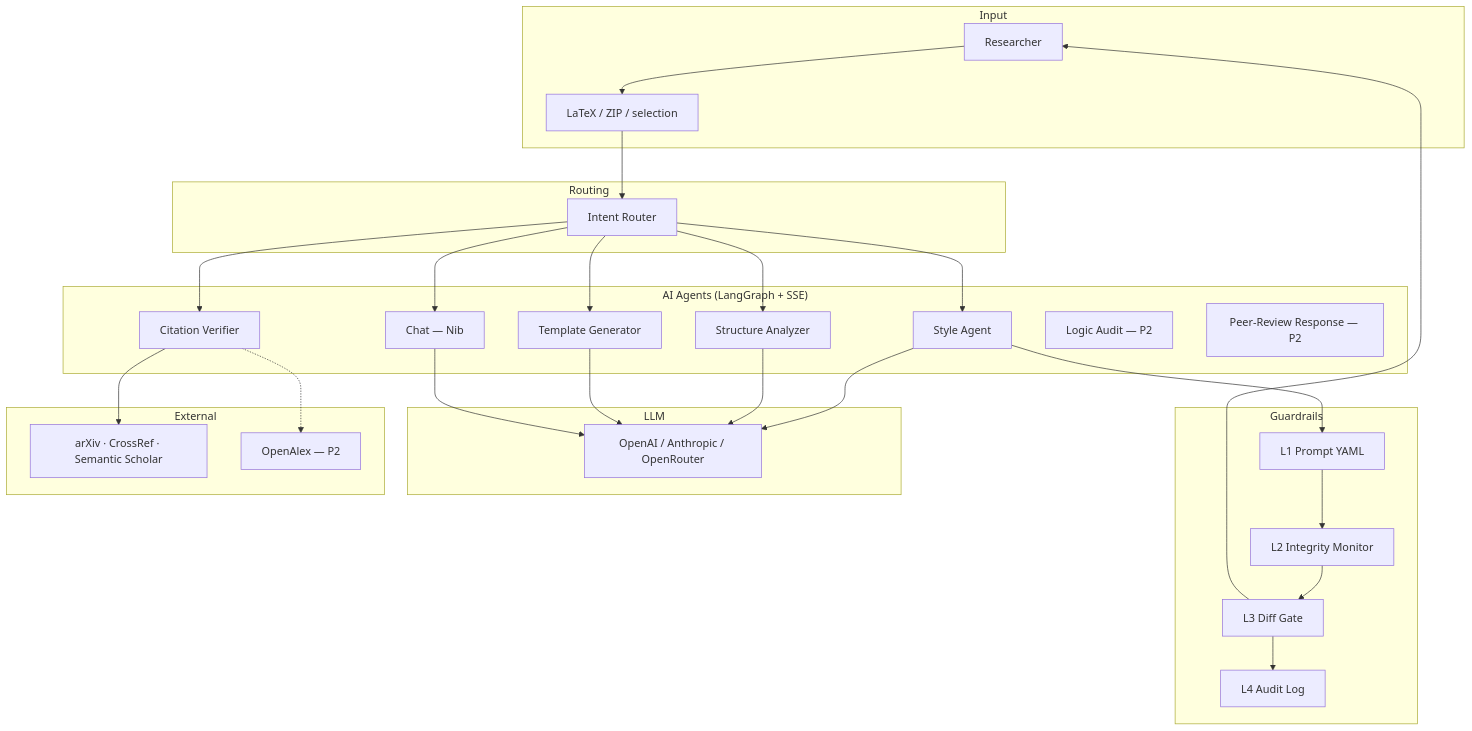
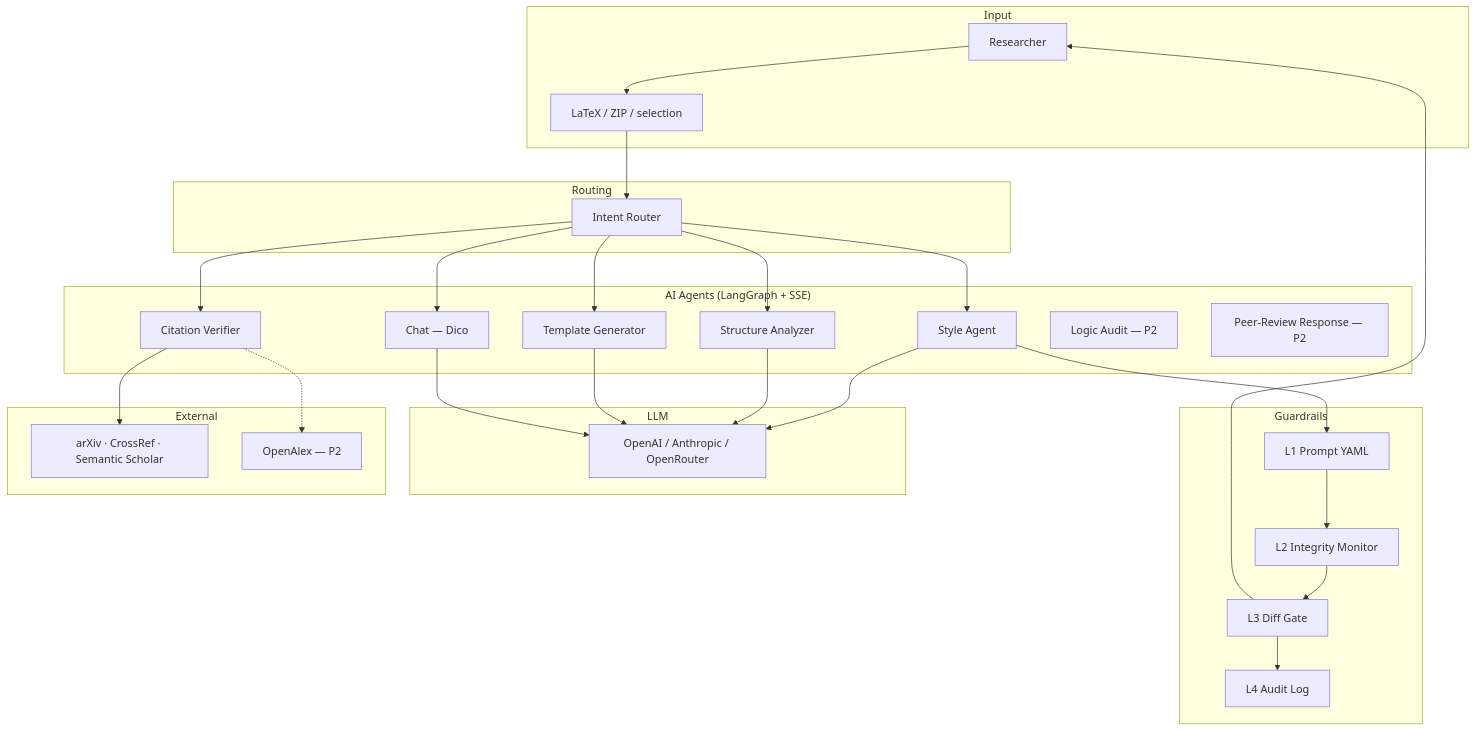
One commit to Tai-TZ/arionear-ai-paper-editor changed the first of 2 diagrams in ROADMAP.md. Above: the diagram before and after it, drawn with Mermaid. The commit also changed other lines of this file and 191 other files, not shown here.

````diff
--- a/ROADMAP.md
+++ b/ROADMAP.md
@@ -63,45 +63,45 @@
 ```mermaid
 flowchart TB
     subgraph Input
         U[Researcher]
         DOC[LaTeX / ZIP / selection]
     end
 
     subgraph Routing
         IR[Intent Router]
     end
 
     subgraph Agents["AI Agents (LangGraph + SSE)"]
         A1[Style Agent]
         A2[Structure Analyzer]
         A3[Citation Verifier]
         A4[Template Generator]
-        A5[Chat — Nib]
+        A5[Chat — Dico]
         A6[Logic Audit — P2]
         A7[Peer-Review Response — P2]
     end
 
     subgraph Guardrails
         L1[L1 Prompt YAML]
         L2[L2 Integrity Monitor]
         L3[L3 Diff Gate]
         L4[L4 Audit Log]
     end
 
     subgraph LLM
         P[OpenAI / Anthropic / OpenRouter]
     end
 
     subgraph External
         E1[arXiv · CrossRef · Semantic Scholar]
         E2[OpenAlex — P2]
     end
 
     U --> DOC --> IR
     IR --> A1 & A2 & A3 & A4 & A5
     A1 & A2 & A4 & A5 --> P
     A3 --> E1
     A3 -.-> E2
     A1 --> L1 --> L2 --> L3 --> L4
     L3 --> U
 ```
````
